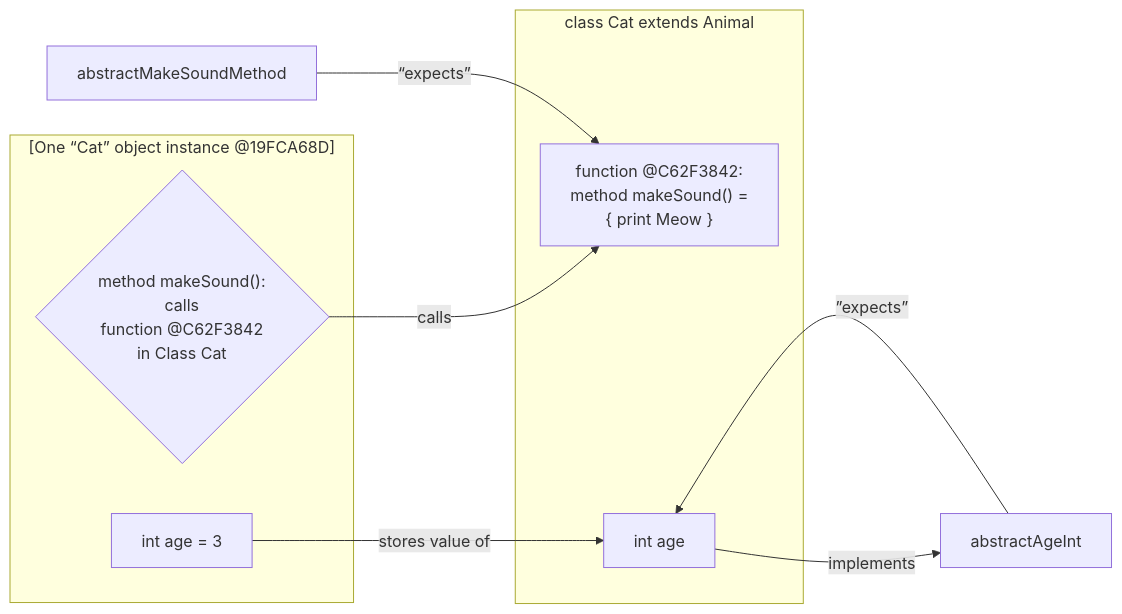
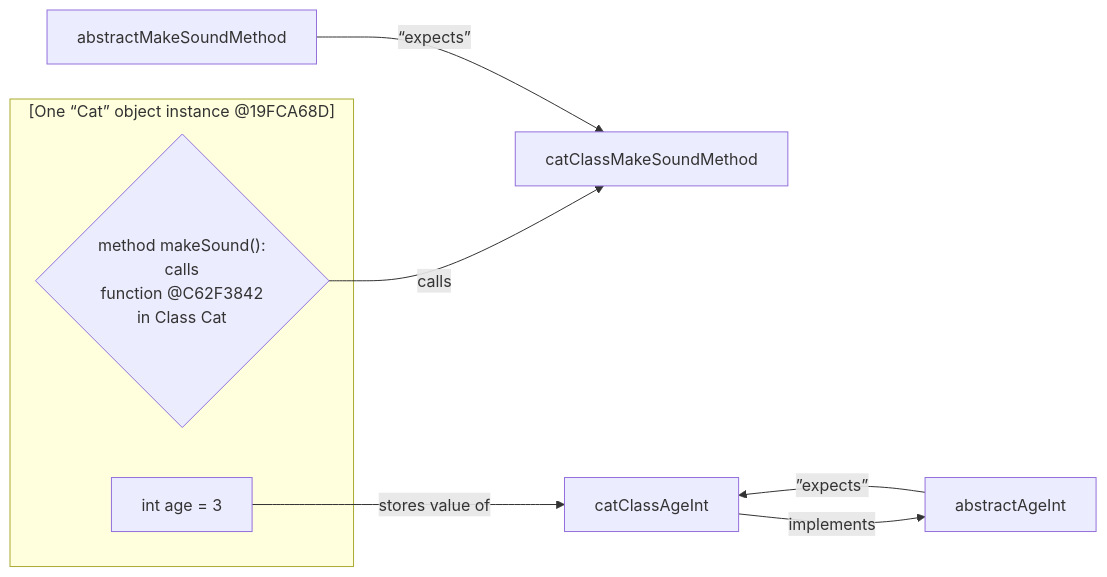
One commit to realityexpander/How_to_program_from_ground_up changed the first of 5 diagrams in 09-ClassOrientedProgramming.md. Above: the diagram before and after it, drawn with Mermaid.

Commit message:
Add to COP

````diff
--- a/09-ClassOrientedProgramming.md
+++ b/09-ClassOrientedProgramming.md
@@ -28,39 +28,39 @@
     ```mermaid
       flowchart LR
       
       catObjectMakeSoundMethodFunctionPointer -- calls --> catClassMakeSoundMethod:::Object
       catObjectAgeInt -- stores value of --> catClassAgeInt
       subgraph catObject["[One “Cat” object instance @19FCA68D]"]
           catObjectAgeInt["int age = 3"]
           catObjectMakeSoundMethodFunctionPointer{"method makeSound(): 
                                              calls 
                                        function @C62F3842
                                        in Class Cat"}
       end
       abstractAgeInt -- ”expects” --> catClassAgeInt
       abstractMakeSoundMethod -- “expects” --> catClassMakeSoundMethod:::Object
       catClassAgeInt -- implements --> abstractAgeInt:::Abstract
-      subgraph classCat["class Cat extends Animal"]
-          catClassAgeInt["int age"]
-          catClassMakeSoundMethod["function @C62F3842:  
-                      method makeSound() =
-                      { print Meow }"]
-      end
+%%    subgraph classCat["class Cat extends Animal"]
+%%        catClassAgeInt["int age"]
+%%        catClassMakeSoundMethod["function @C62F3842:  
+%%                    method makeSound() =
+%%                    { print Meow }"]
+%%    end
 %%      
 %%      classCat -- creates object --> catObject:::Object
 %%      classCat -- extends --> abstractAnimal:::Abstract
 %%      catClassMakeSoundMethod -- implements --> abstractMakeSoundMethod:::Abstract
 %%      subgraph abstractAnimal["abstract class Animal"]
 %%        abstractAgeInt["abstract int age"]
 %%        abstractMakeSoundMethod["abstract method 
 %%                                 makeSound()"]
 %%      end
 %%      
 %%      classDef Abstract fill:#222, stroke:#0F0, stroke-width:1px, color:#fff, stroke-dasharray: 5 5
 %%      classDef Class fill:#444, stroke:#00F, stroke-width:1px, color:#000, stroke-dasharray: 5 5
 %%      style classCat fill:#444, stroke:#DDD, stroke-width:1px, color:#000, stroke-dasharray: 5 5
 %%      style catClassAgeInt fill:#444, stroke:#DDD, stroke-width:1px, color:#FFF, stroke-dasharray: 5 5
 %%      classDef Object fill:#55F, stroke:#FFF, stroke-width:3px, color:#fff
 %%      style catObjectAgeInt fill:#55F, stroke:#FFF, stroke-width:3px, color:#fff
 %%      style catObjectMakeSoundMethodFunctionPointer fill:#222, stroke:#DDD, stroke-width:1px, color:#000, stroke-dasharray: 5 5
     ```
````
